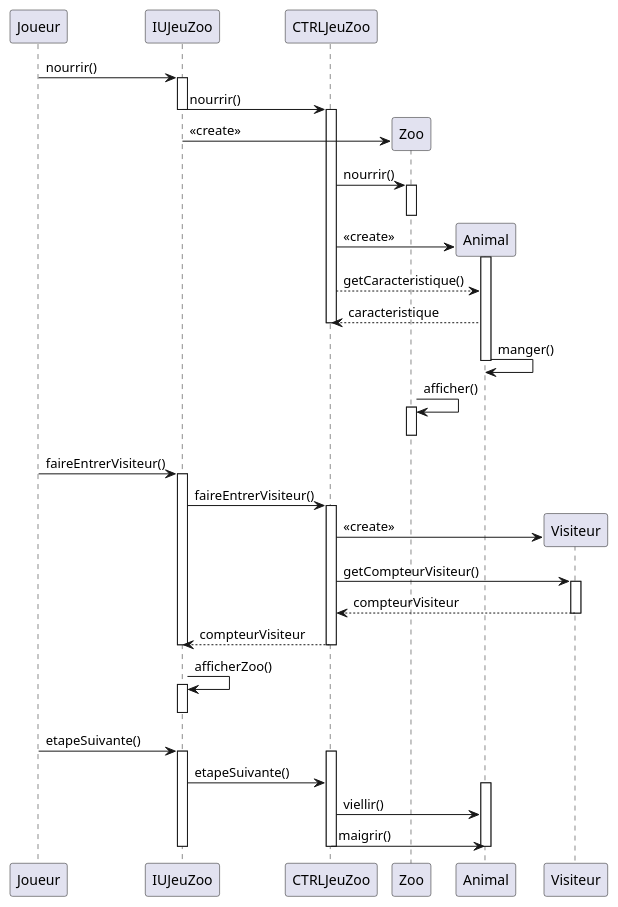
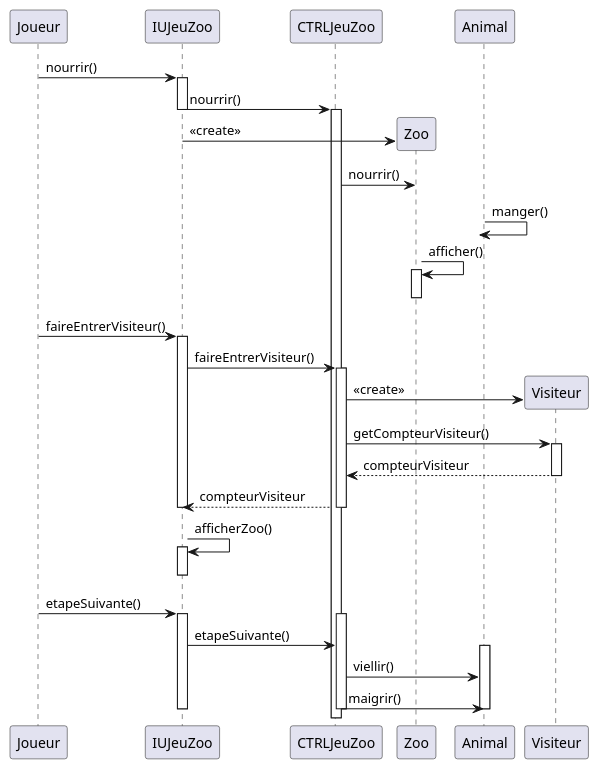
Before and after one commit to Idricealy/JeuZoo: the diagram in src/doc/DigrameSequence.md, drawn with PlantUML. The commit also changed 2 other files, not shown here.

Commit message:
Merge branch 'master' of https://github.com/Idricealy/JeuZoo.git

```diff
--- a/src/doc/DigrameSequence.md
+++ b/src/doc/DigrameSequence.md
@@ -1,62 +1,53 @@
 @startuml
 
 	Joueur -> IUJeuZoo : nourrir()
 	activate IUJeuZoo
 	
 	
 	IUJeuZoo -> CTRLJeuZoo : nourrir()
 	deactivate IUJeuZoo
 	activate CTRLJeuZoo
 	create Zoo
 	IUJeuZoo -> Zoo : << create >>
 	CTRLJeuZoo -> Zoo : nourrir()
 	
-	activate Zoo
-	deactivate Zoo
-	
-	create Animal
-	CTRLJeuZoo -> Animal : << create >>
-	activate Animal
-	CTRLJeuZoo --> Animal : getCaracteristique()
-	Animal --> CTRLJeuZoo : caracteristique
-	
-	deactivate CTRLJeuZoo
+
 	
 	
 	Animal -> Animal : manger()
 	deactivate Animal
 	Zoo -> Zoo : afficher()
 	activate Zoo
 	deactivate Zoo
 	Joueur -> IUJeuZoo : faireEntrerVisiteur()
 	activate IUJeuZoo
 	
 	IUJeuZoo -> CTRLJeuZoo : faireEntrerVisiteur()
 	activate CTRLJeuZoo 
 	
 	create Visiteur
 	CTRLJeuZoo -> Visiteur : << create >>
 	CTRLJeuZoo -> Visiteur : getCompteurVisiteur()
 	activate Visiteur
 		Visiteur --> CTRLJeuZoo : compteurVisiteur
 	deactivate Visiteur
 	CTRLJeuZoo --> IUJeuZoo : compteurVisiteur
 	deactivate CTRLJeuZoo
 	deactivate IUJeuZoo
 	
 	
 	IUJeuZoo -> IUJeuZoo : afficherZoo()
 	activate IUJeuZoo
 	deactivate IUJeuZoo
 	
 	Joueur -> IUJeuZoo : etapeSuivante()
 	activate IUJeuZoo
 		activate CTRLJeuZoo
 			IUJeuZoo -> CTRLJeuZoo : etapeSuivante()
 			activate Animal
 				CTRLJeuZoo -> Animal :  viellir()
 				CTRLJeuZoo -> Animal :  maigrir()
 			deactivate Animal
 		deactivate CTRLJeuZoo
 	deactivate IUJeuZoo
 @enduml
```
